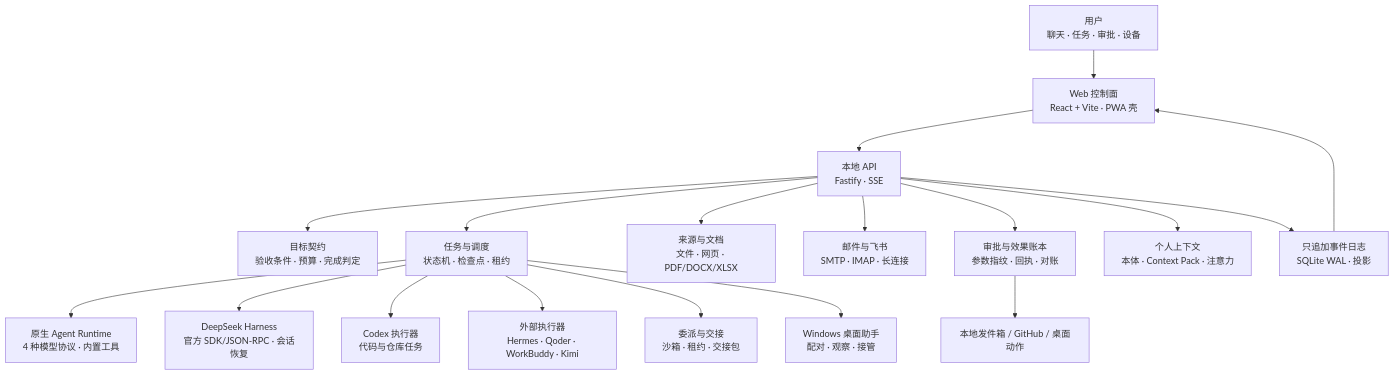
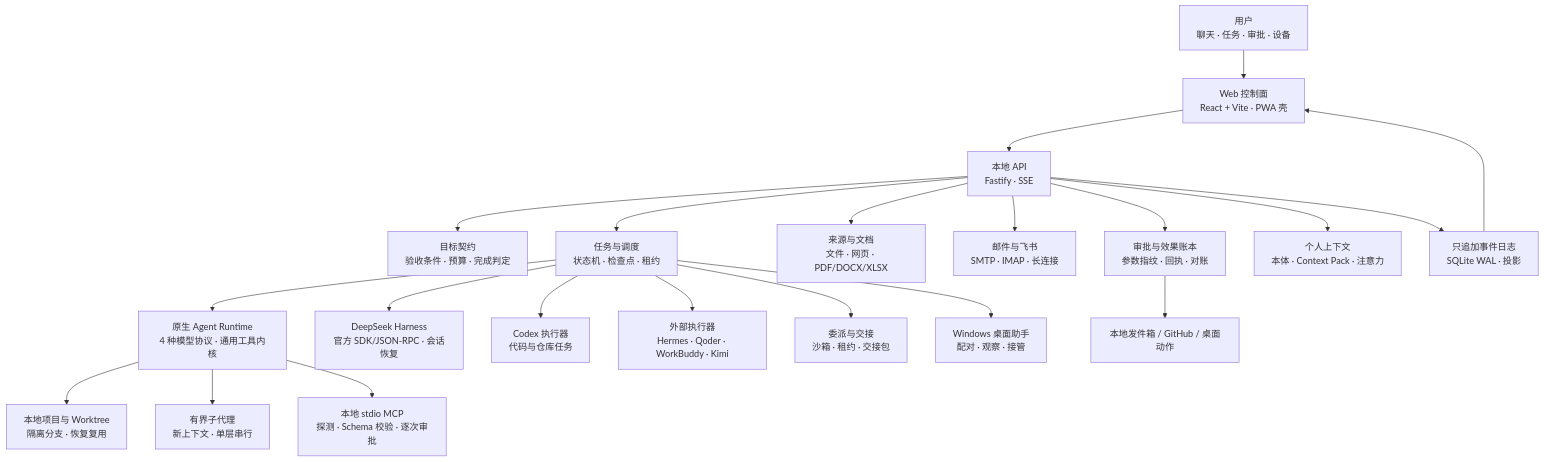
One commit to hearthproject/hearth-os changed the diagram in README.md. Above: the diagram before and after it, drawn with Mermaid. The commit also changed other lines of this file and 19 other files, not shown here.

````diff
--- a/README.md
+++ b/README.md
@@ -139,20 +158,23 @@
 ```mermaid
 flowchart TB
   U["用户<br/>聊天 · 任务 · 审批 · 设备"] --> W["Web 控制面<br/>React + Vite · PWA 壳"]
   W --> A["本地 API<br/>Fastify · SSE"]
   A --> G["目标契约<br/>验收条件 · 预算 · 完成判定"]
   A --> S["任务与调度<br/>状态机 · 检查点 · 租约"]
-  S --> N["原生 Agent Runtime<br/>4 种模型协议 · 内置工具"]
+  S --> N["原生 Agent Runtime<br/>4 种模型协议 · 通用工具内核"]
+  N --> PJ["本地项目与 Worktree<br/>隔离分支 · 恢复复用"]
+  N --> SA["有界子代理<br/>新上下文 · 单层串行"]
+  N --> MCP["本地 stdio MCP<br/>探测 · Schema 校验 · 逐次审批"]
   S --> H["DeepSeek Harness<br/>官方 SDK/JSON-RPC · 会话恢复"]
   S --> C["Codex 执行器<br/>代码与仓库任务"]
   S --> X["外部执行器<br/>Hermes · Qoder · WorkBuddy · Kimi"]
   S --> DG["委派与交接<br/>沙箱 · 租约 · 交接包"]
   S --> D["Windows 桌面助手<br/>配对 · 观察 · 接管"]
   A --> F["来源与文档<br/>文件 · 网页 · PDF/DOCX/XLSX"]
   A --> M["邮件与飞书<br/>SMTP · IMAP · 长连接"]
   A --> P["审批与效果账本<br/>参数指纹 · 回执 · 对账"]
   A --> K["个人上下文<br/>本体 · Context Pack · 注意力"]
   A --> E["只追加事件日志<br/>SQLite WAL · 投影"]
   P --> O["本地发件箱 / GitHub / 桌面动作"]
   E --> W
 ```
````
